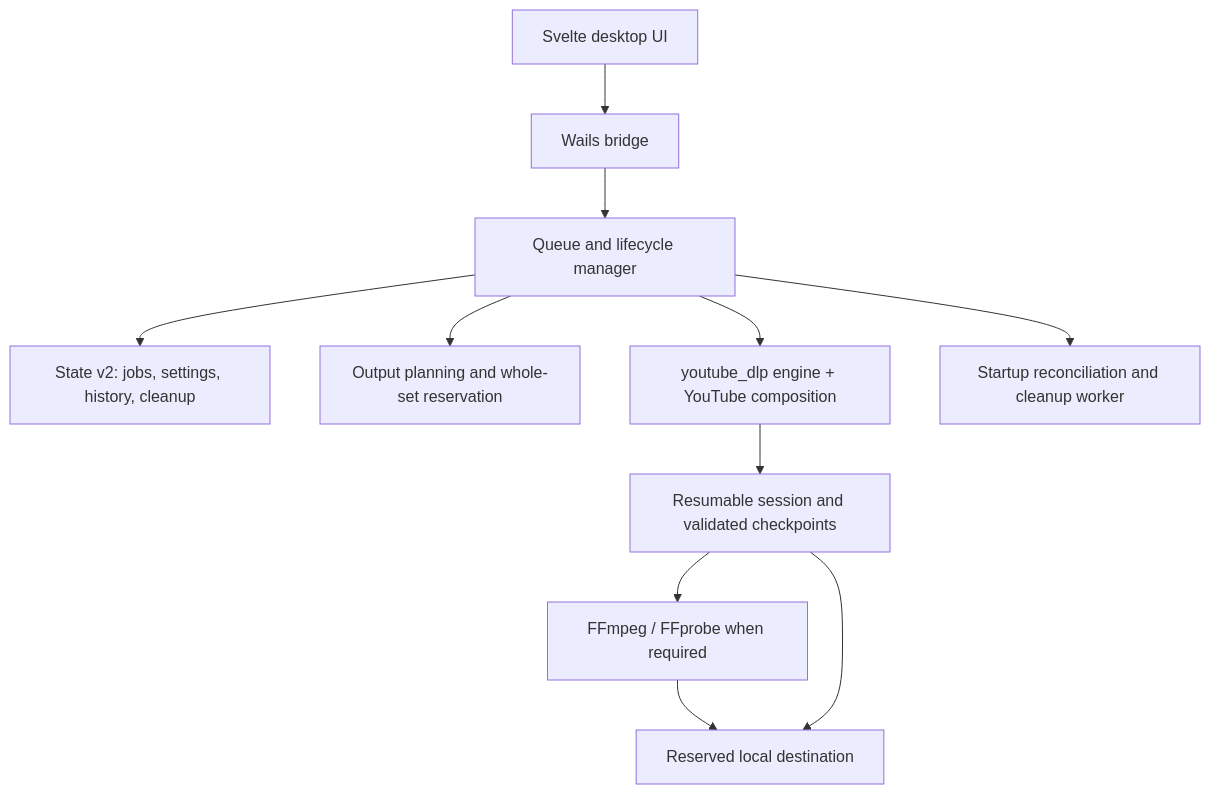
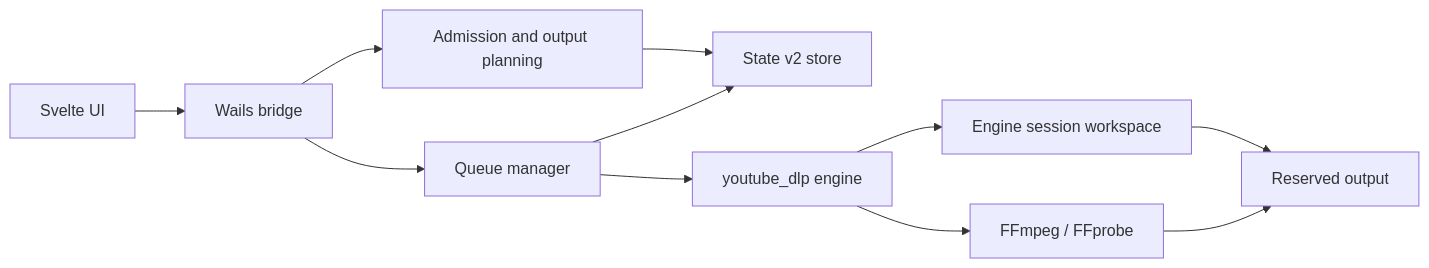
One commit to tejasa97/vidstow changed the diagram in README.md. Above: the diagram before and after it, drawn with Mermaid. The commit also changed other lines of this file, not shown here.

````diff
--- a/README.md
+++ b/README.md
@@ -195,13 +166,13 @@
 ```mermaid
-flowchart TD
-    UI["Svelte desktop UI"] --> Bridge["Wails bridge"]
-    Bridge --> Manager["Queue and lifecycle manager"]
-    Manager --> State["State v2: jobs, settings, history, cleanup"]
-    Manager --> Admission["Output planning and whole-set reservation"]
-    Manager --> Engine["youtube_dlp engine + YouTube composition"]
-    Engine --> Session["Resumable session and validated checkpoints"]
-    Session --> Processing["FFmpeg / FFprobe when required"]
-    Processing --> Files["Reserved local destination"]
-    Session --> Files
-    Manager --> Recovery["Startup reconciliation and cleanup worker"]
+flowchart LR
+    UI["Svelte UI"] --> Bridge["Wails bridge"]
+    Bridge --> Admission["Admission and output planning"]
+    Bridge --> Manager["Queue manager"]
+    Admission --> State["State v2 store"]
+    Manager --> State
+    Manager --> Engine["youtube_dlp engine"]
+    Engine --> Session["Engine session workspace"]
+    Engine --> FFmpeg["FFmpeg / FFprobe"]
+    Session --> Output["Reserved output"]
+    FFmpeg --> Output
 ```
````
